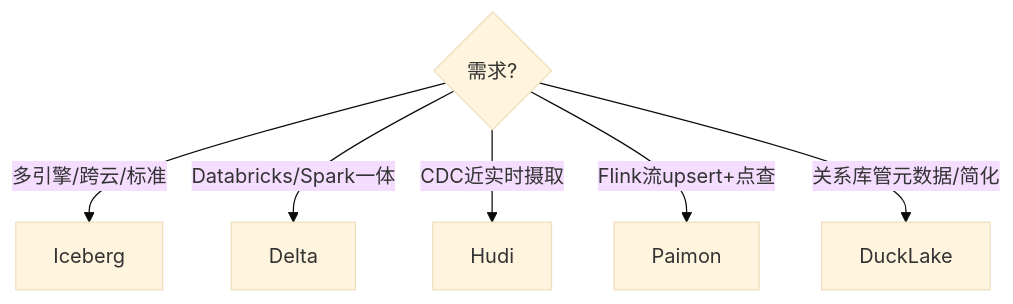
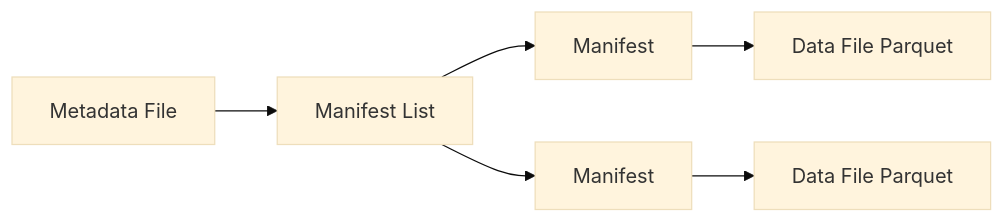
One commit to tghrxxxyyy/knowledge-base changed the diagram in 基础知识/大数据/05-列式存储与数据湖格式.md. Above: the diagram before and after it, drawn with Mermaid (base theme). The commit also changed other lines of this file and 9 other files, not shown here.

````diff
--- a/基础知识/大数据/05-列式存储与数据湖格式.md
+++ b/基础知识/大数据/05-列式存储与数据湖格式.md
@@ -147,9 +139,8 @@
 ```mermaid
-flowchart TD
-    Q{需求?}
-    Q -- 多引擎/跨云/标准 --> ICE[Iceberg]
-    Q -- Databricks/Spark一体 --> DELTA[Delta]
-    Q -- CDC近实时摄取 --> HUDI[Hudi]
-    Q -- Flink流upsert+点查 --> PAIMON[Paimon]
-    Q -- 关系库管元数据/简化 --> DUCK[DuckLake]
+flowchart LR
+    M[Metadata File] --> ML[Manifest List]
+    ML --> M1[Manifest]
+    M1 --> D1[Data File Parquet]
+    ML --> M2[Manifest]
+    M2 --> D2[Data File Parquet]
 ```
````
